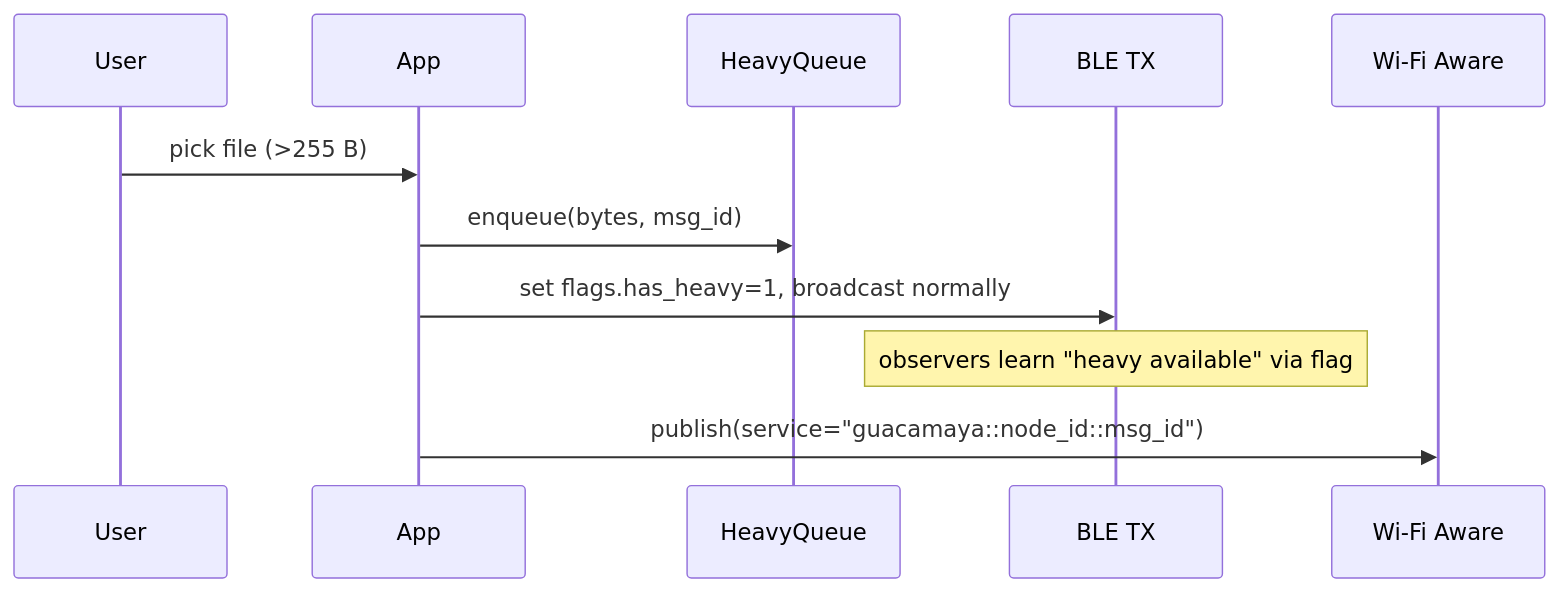
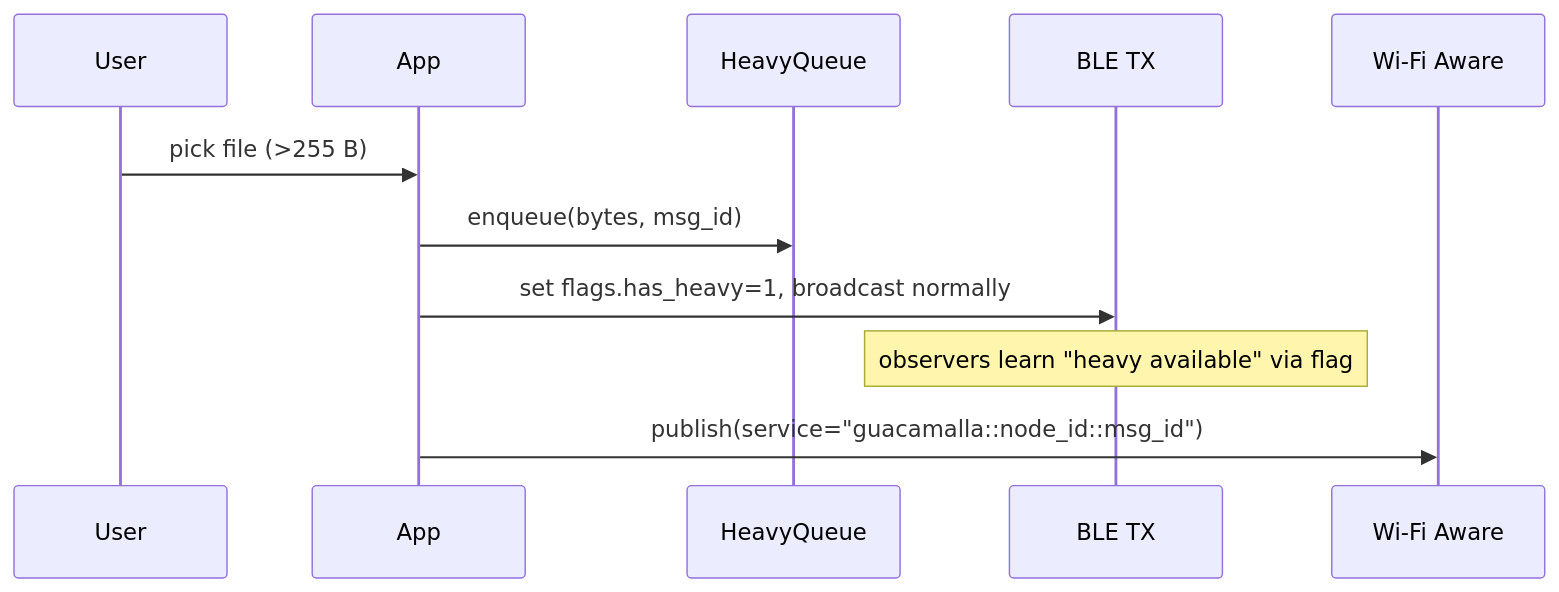
One commit to vmlcode/guacamaya-net changed the fourth of 6 diagrams in android/docs/protocol-flows.md. Above: the diagram before and after it, drawn with Mermaid. The commit also changed other lines of this file and 52 other files, not shown here.

````diff
--- a/android/docs/protocol-flows.md
+++ b/android/docs/protocol-flows.md
@@ -127,13 +127,13 @@
 ```mermaid
 sequenceDiagram
   participant U as User
   participant App as App
   participant Q as HeavyQueue
   participant BLE as BLE TX
   participant NAN as Wi-Fi Aware
   U->>App: pick file (>255 B)
   App->>Q: enqueue(bytes, msg_id)
   App->>BLE: set flags.has_heavy=1, broadcast normally
   note over BLE: observers learn "heavy available" via flag
-  App->>NAN: publish(service="guacamaya::node_id::msg_id")
+  App->>NAN: publish(service="guacamalla::node_id::msg_id")
 ```
````
